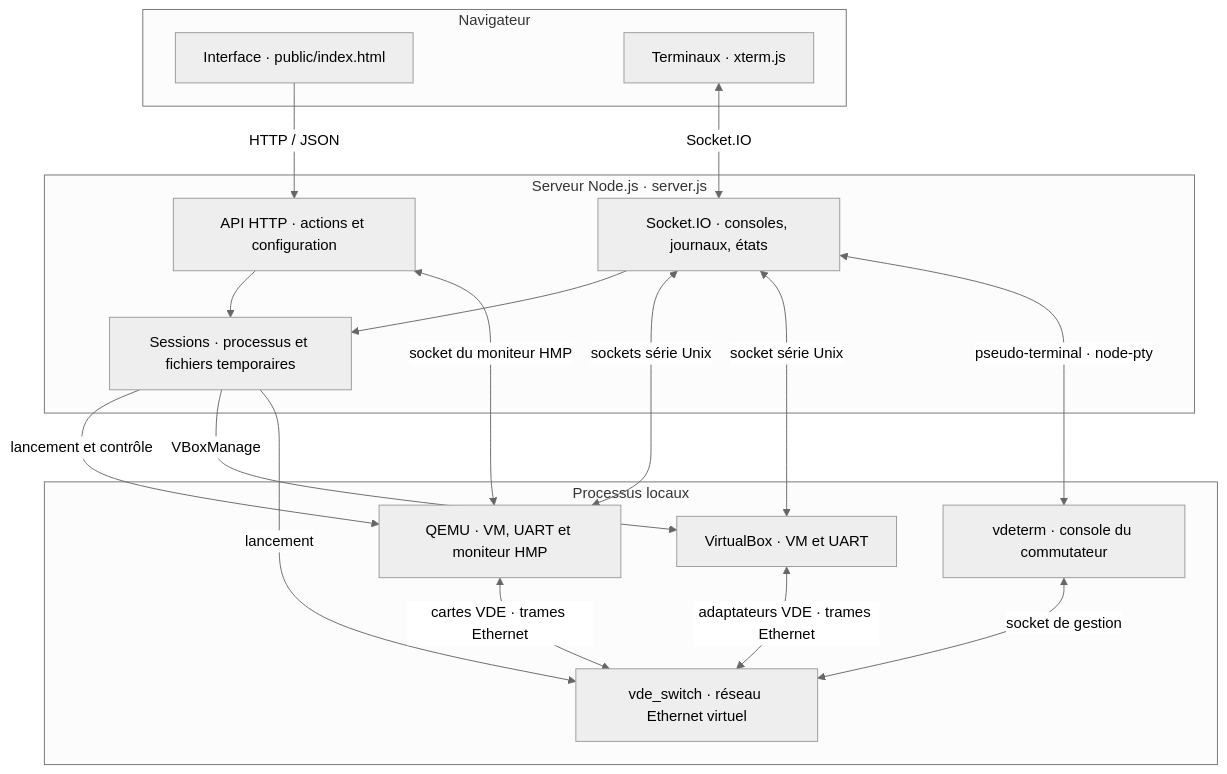
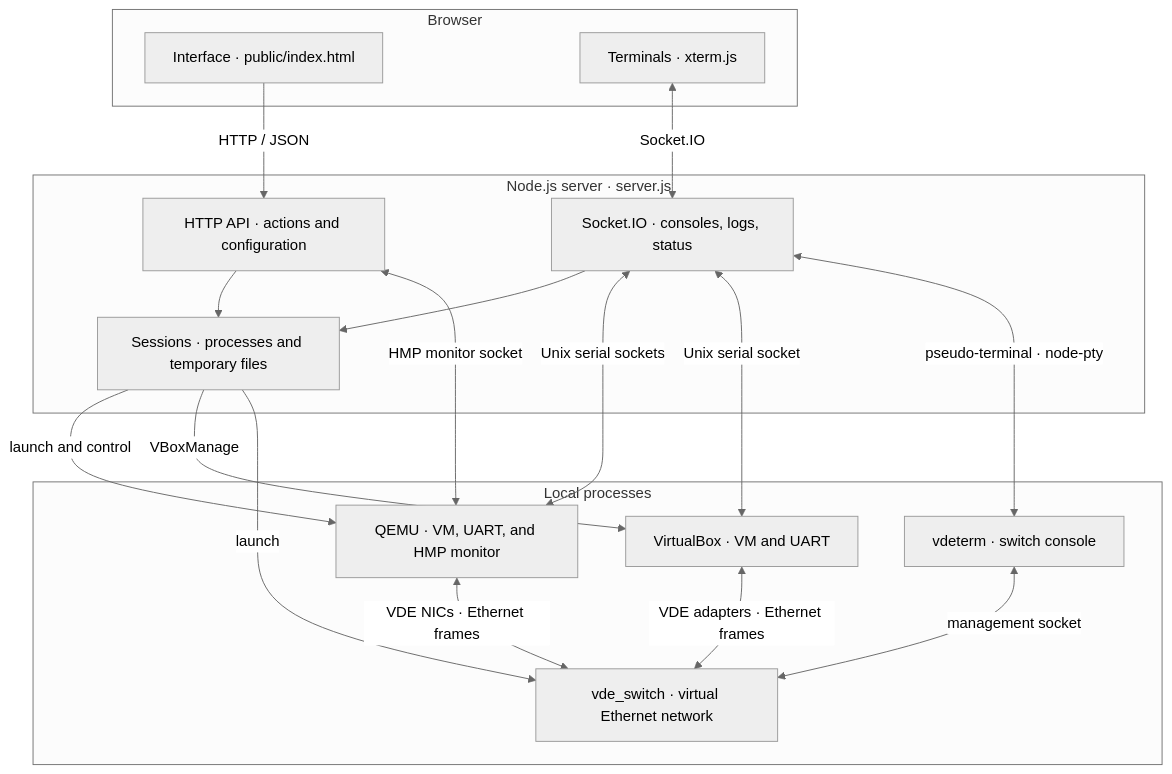
The diagram in docs/architecture.md (orel33/qemuweb), drawn with Mermaid (neutral theme) before and after one commit. The commit also changed other lines of this file and 2 other files, not shown here.

````diff
--- a/docs/architecture.md
+++ b/docs/architecture.md
@@ -7,35 +7,35 @@
 ```mermaid
 flowchart TB
-  subgraph Browser["Navigateur"]
+  subgraph Browser["Browser"]
     UI["Interface · public/index.html"]
-    Terminal["Terminaux · xterm.js"]
+    Terminal["Terminals · xterm.js"]
   end
 
-  subgraph Node["Serveur Node.js · server.js"]
-    API["API HTTP · actions et configuration"]
-    Socket["Socket.IO · consoles, journaux, états"]
-    Sessions["Sessions · processus et fichiers temporaires"]
+  subgraph Node["Node.js server · server.js"]
+    API["HTTP API · actions and configuration"]
+    Socket["Socket.IO · consoles, logs, status"]
+    Sessions["Sessions · processes and temporary files"]
   end
 
-  subgraph Local["Processus locaux"]
-    QEMU["QEMU · VM, UART et moniteur HMP"]
-    VBox["VirtualBox · VM et UART"]
-    VDE["vde_switch · réseau Ethernet virtuel"]
-    VDeterm["vdeterm · console du commutateur"]
+  subgraph Local["Local processes"]
+    QEMU["QEMU · VM, UART, and HMP monitor"]
+    VBox["VirtualBox · VM and UART"]
+    VDE["vde_switch · virtual Ethernet network"]
+    VDeterm["vdeterm · switch console"]
   end
 
   UI -->|"HTTP / JSON"| API
   Terminal <-->|"Socket.IO"| Socket
   API --> Sessions
   Socket --> Sessions
-  Sessions -->|"lancement et contrôle"| QEMU
+  Sessions -->|"launch and control"| QEMU
   Sessions -->|"VBoxManage"| VBox
-  Sessions -->|"lancement"| VDE
-  Socket <-->|"sockets série Unix"| QEMU
-  Socket <-->|"socket série Unix"| VBox
+  Sessions -->|"launch"| VDE
+  Socket <-->|"Unix serial sockets"| QEMU
+  Socket <-->|"Unix serial socket"| VBox
   Socket <-->|"pseudo-terminal · node-pty"| VDeterm
-  VDeterm <-->|"socket de gestion"| VDE
-  QEMU <-->|"cartes VDE · trames Ethernet"| VDE
-  VBox <-->|"adaptateurs VDE · trames Ethernet"| VDE
-  API <-->|"socket du moniteur HMP"| QEMU
+  VDeterm <-->|"management socket"| VDE
+  QEMU <-->|"VDE NICs · Ethernet frames"| VDE
+  VBox <-->|"VDE adapters · Ethernet frames"| VDE
+  API <-->|"HMP monitor socket"| QEMU
 ```
````
